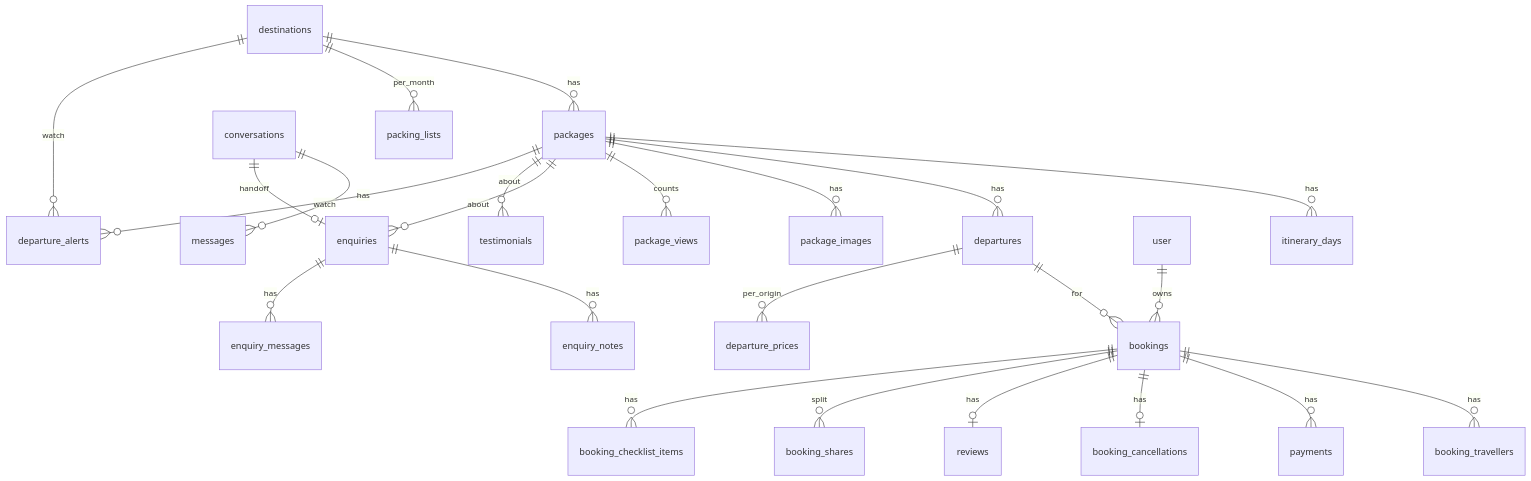
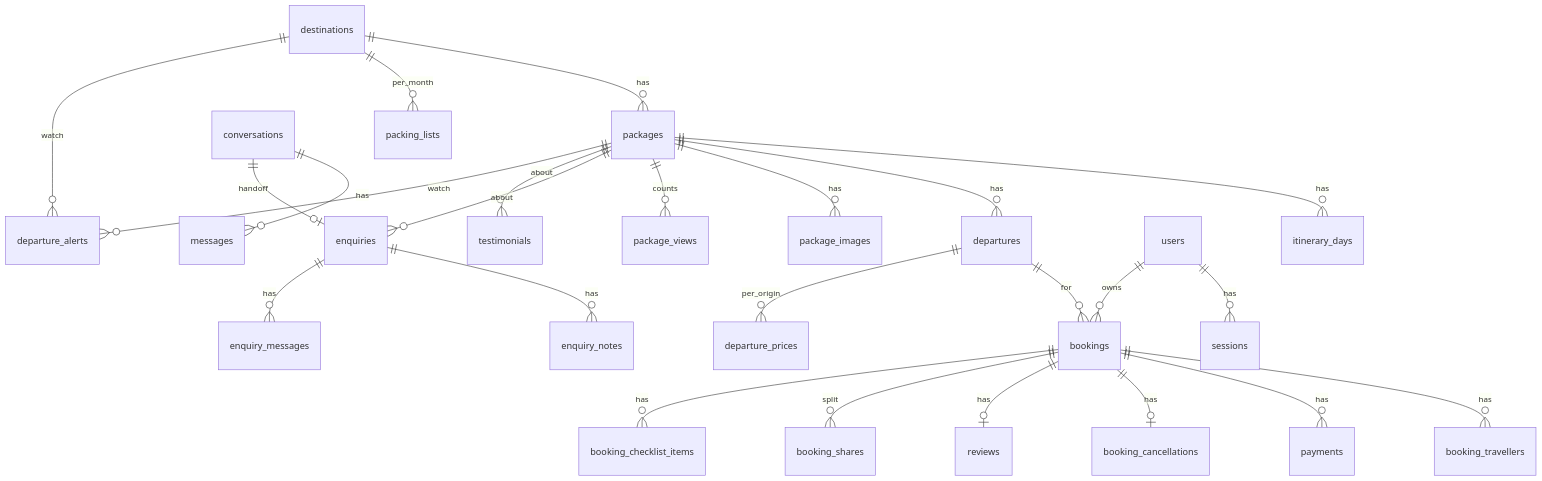
One commit to virajdomadia/tripsmith changed the diagram in docs/06-data-and-api.md. Above: the diagram before and after it, drawn with Mermaid. The commit also changed other lines of this file and 7 other files, not shown here.

````diff
--- a/docs/06-data-and-api.md
+++ b/docs/06-data-and-api.md
@@ -184,26 +188,27 @@
 ```mermaid
 erDiagram
   destinations ||--o{ packages : has
   packages ||--o{ itinerary_days : has
   packages ||--o{ departures : has
   packages ||--o{ package_images : has
   packages ||--o{ package_views : counts
   packages ||--o{ enquiries : about
   packages ||--o{ testimonials : about
   enquiries ||--o{ enquiry_notes : has
   enquiries ||--o{ enquiry_messages : has
   conversations ||--o{ messages : has
   conversations ||--o| enquiries : handoff
-  user ||--o{ bookings : owns
+  users ||--o{ sessions : has
+  users ||--o{ bookings : owns
   departures ||--o{ bookings : for
   departures ||--o{ departure_prices : per_origin
   bookings ||--o{ booking_travellers : has
   bookings ||--o{ payments : has
   bookings ||--o| booking_cancellations : has
   bookings ||--o| reviews : has
   bookings ||--o{ booking_shares : split
   bookings ||--o{ booking_checklist_items : has
   destinations ||--o{ packing_lists : per_month
   destinations ||--o{ departure_alerts : watch
   packages ||--o{ departure_alerts : watch
 ```
````
